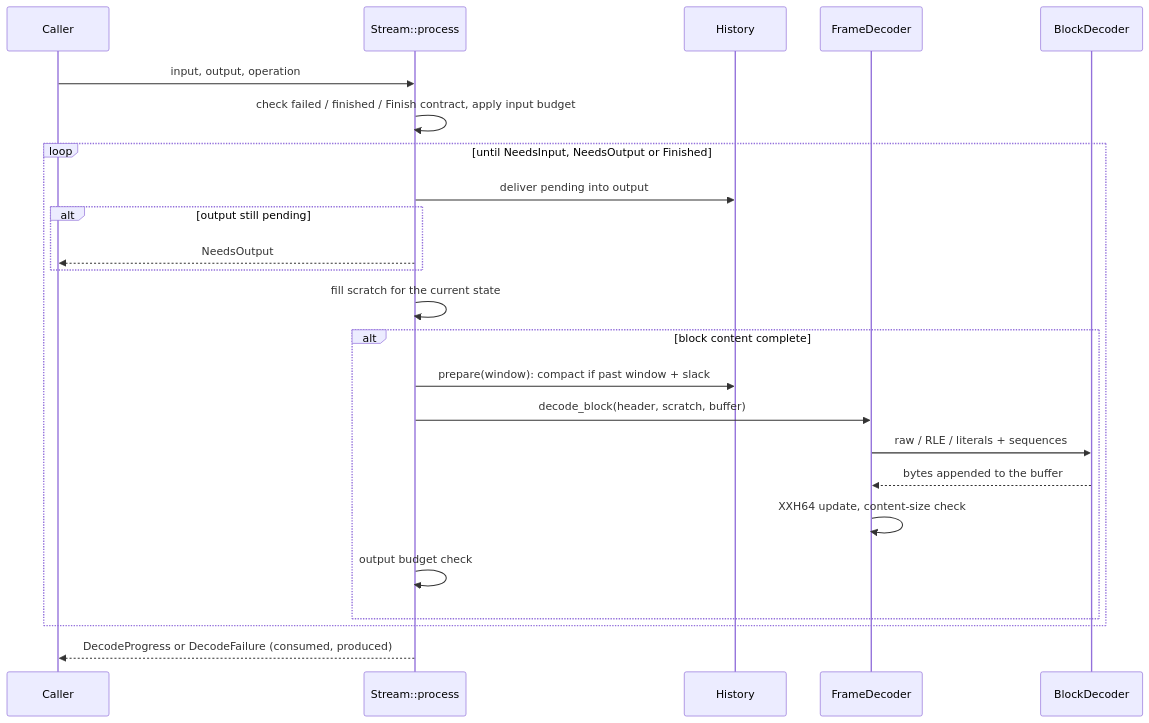
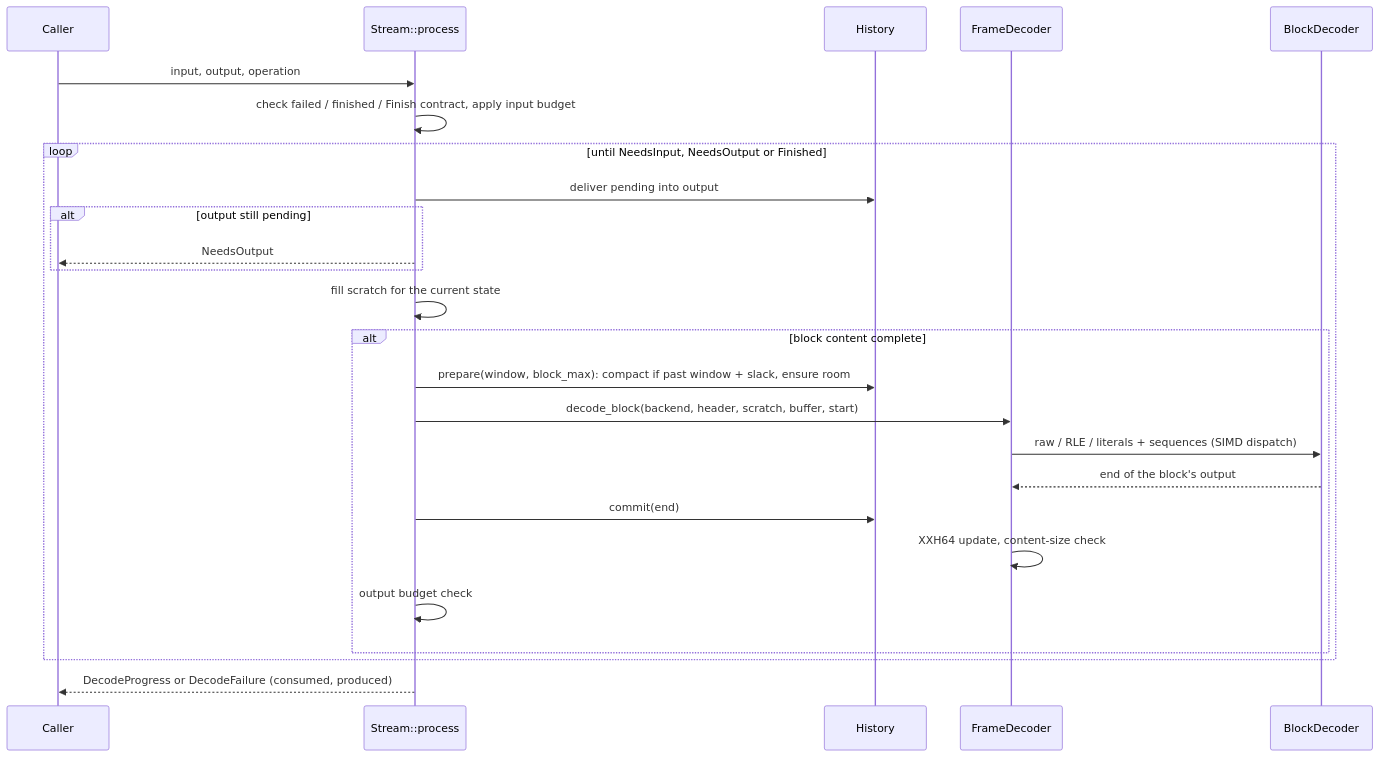
Before and after one commit to M-Compressors/mzstd: the sixth of 7 diagrams in architecture/decompressor.md, drawn with Mermaid. The commit also changed other lines of this file and 52 other files, not shown here.

````diff
--- a/architecture/decompressor.md
+++ b/architecture/decompressor.md
@@ -249,26 +254,27 @@
 ```mermaid
 sequenceDiagram
     participant C as Caller
     participant S as Stream::process
     participant H as History
     participant F as FrameDecoder
     participant B as BlockDecoder
     C->>S: input, output, operation
     S->>S: check failed / finished / Finish contract, apply input budget
     loop until NeedsInput, NeedsOutput or Finished
         S->>H: deliver pending into output
         alt output still pending
             S-->>C: NeedsOutput
         end
         S->>S: fill scratch for the current state
         alt block content complete
-            S->>H: prepare(window): compact if past window + slack
-            S->>F: decode_block(header, scratch, buffer)
-            F->>B: raw / RLE / literals + sequences
-            B-->>F: bytes appended to the buffer
+            S->>H: prepare(window, block_max): compact if past window + slack, ensure room
+            S->>F: decode_block(backend, header, scratch, buffer, start)
+            F->>B: raw / RLE / literals + sequences (SIMD dispatch)
+            B-->>F: end of the block's output
+            S->>H: commit(end)
             F->>F: XXH64 update, content-size check
             S->>S: output budget check
         end
     end
     S-->>C: DecodeProgress or DecodeFailure (consumed, produced)
 ```
````
